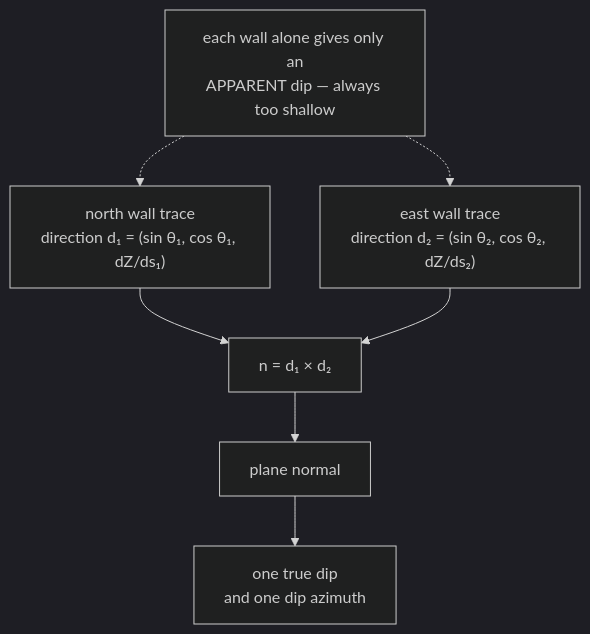
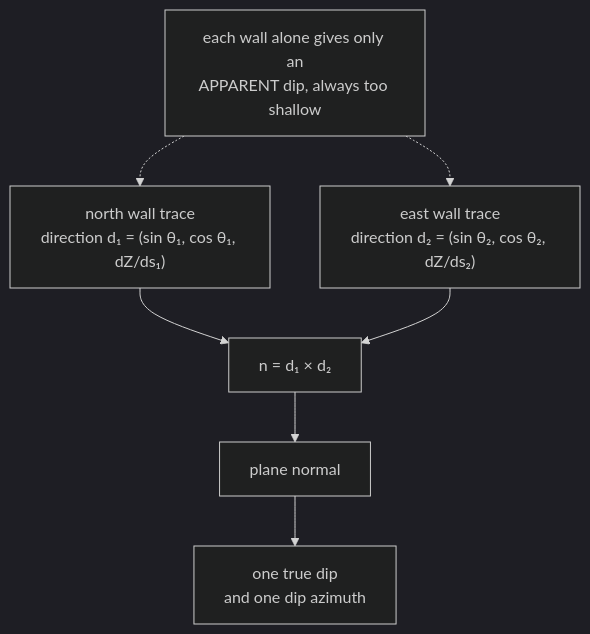
The diagram in docs/cs/cross-product.md (jennarbates/StratigraphyGenerator), drawn with Mermaid (dark theme) before and after one commit. The commit also changed other lines of this file and 309 other files, not shown here.

````diff
--- a/docs/cs/cross-product.md
+++ b/docs/cs/cross-product.md
@@ -46,11 +46,11 @@
 ```mermaid
 flowchart TB
   W1["north wall trace<br/>direction d₁ = (sin θ₁, cos θ₁, dZ/ds₁)"]
   W2["east wall trace<br/>direction d₂ = (sin θ₂, cos θ₂, dZ/ds₂)"]
   W1 --> X["n = d₁ × d₂"]
   W2 --> X
   X --> N["plane normal"]
   N --> Dip["one true dip<br/>and one dip azimuth"]
-  Note["each wall alone gives only an<br/>APPARENT dip — always too shallow"] -.-> W1
+  Note["each wall alone gives only an<br/>APPARENT dip, always too shallow"] -.-> W1
   Note -.-> W2
 ```
````
